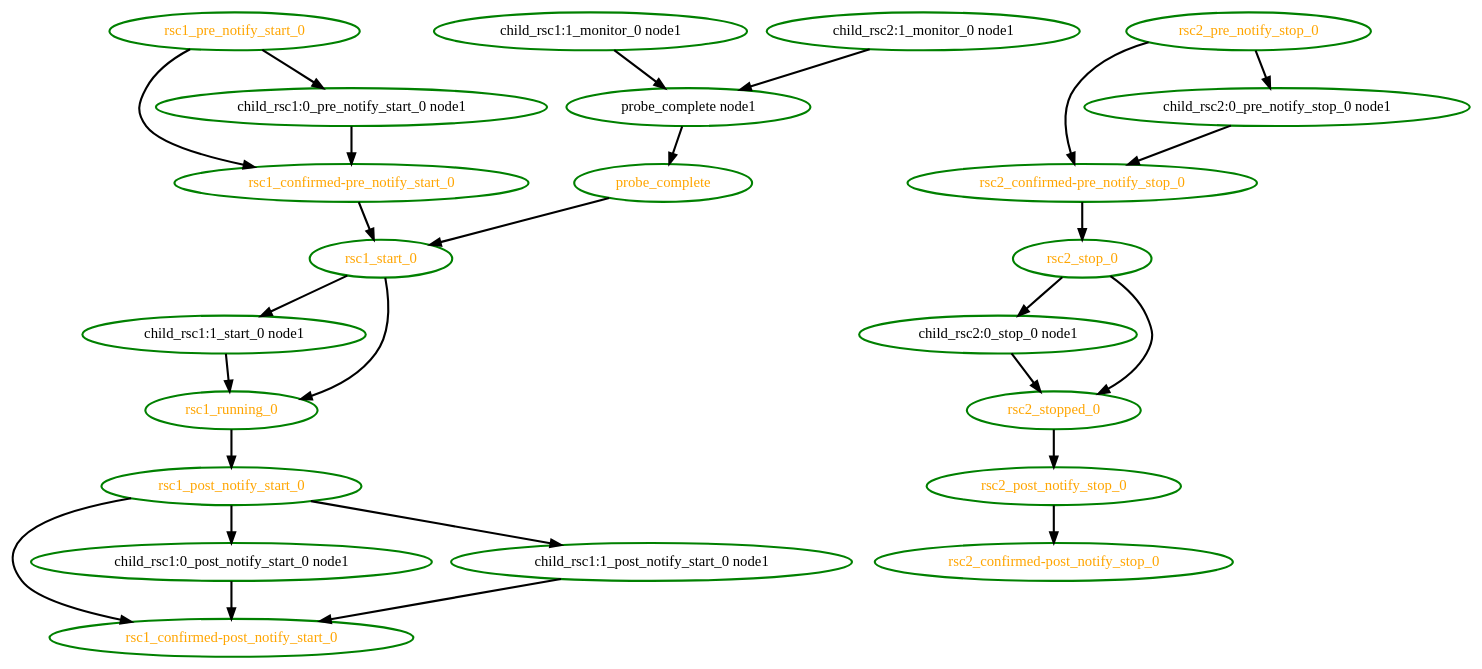
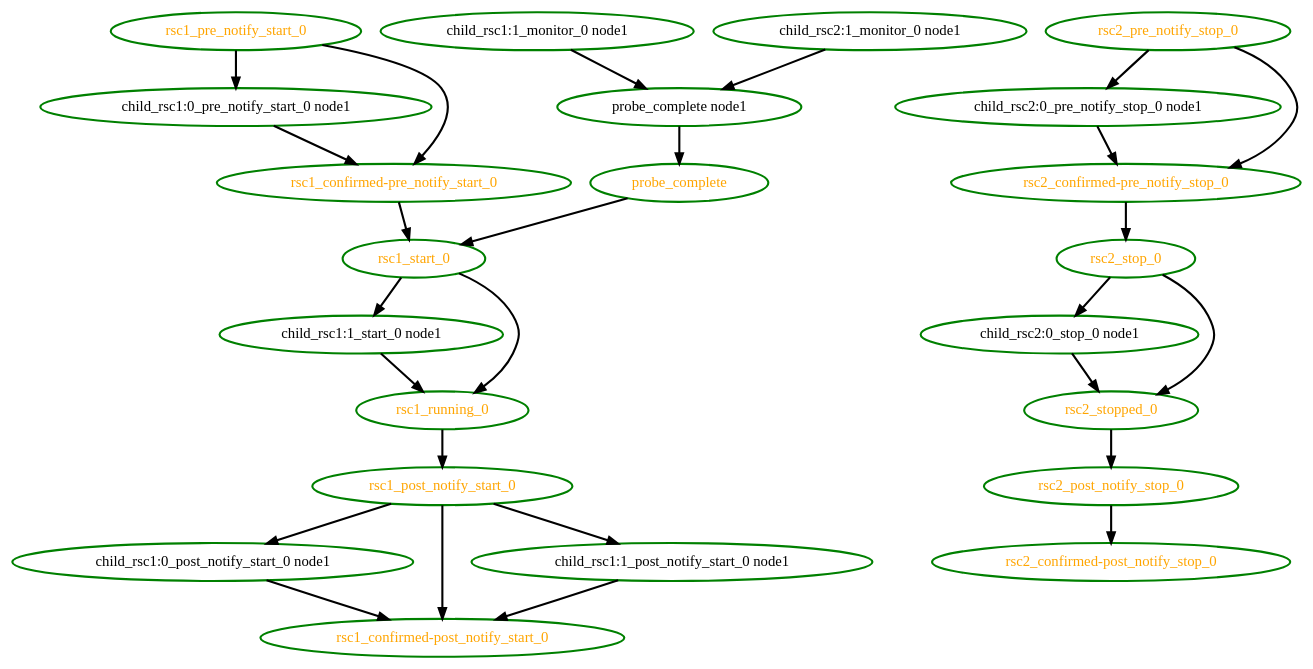
One commit to richiewen8/heartbeat changed the diagram in crm/pengine/testcases/notify-1.dot. Above: the diagram before and after it, drawn with Graphviz. The commit also changed 176 other files, not shown here.

```diff
--- a/crm/pengine/testcases/notify-1.dot
+++ b/crm/pengine/testcases/notify-1.dot
@@ -1,51 +1,50 @@
-digraph "g" {
-	size = "30,30"
+ digraph "g" {
+"child_rsc1:0_post_notify_start_0 node1" -> "rsc1_confirmed-post_notify_start_0" [ style = bold]
+"child_rsc1:0_post_notify_start_0 node1" [ style=bold color="green" fontcolor="black" ]
+"child_rsc1:0_pre_notify_start_0 node1" -> "rsc1_confirmed-pre_notify_start_0" [ style = bold]
+"child_rsc1:0_pre_notify_start_0 node1" [ style=bold color="green" fontcolor="black" ]
+"child_rsc1:1_monitor_0 node1" -> "probe_complete node1" [ style = bold]
+"child_rsc1:1_monitor_0 node1" [ style=bold color="green" fontcolor="black" ]
+"child_rsc1:1_post_notify_start_0 node1" -> "rsc1_confirmed-post_notify_start_0" [ style = bold]
+"child_rsc1:1_post_notify_start_0 node1" [ style=bold color="green" fontcolor="black" ]
+"child_rsc1:1_start_0 node1" -> "rsc1_running_0" [ style = bold]
+"child_rsc1:1_start_0 node1" [ style=bold color="green" fontcolor="black" ]
+"child_rsc2:0_pre_notify_stop_0 node1" -> "rsc2_confirmed-pre_notify_stop_0" [ style = bold]
+"child_rsc2:0_pre_notify_stop_0 node1" [ style=bold color="green" fontcolor="black" ]
+"child_rsc2:0_stop_0 node1" -> "rsc2_stopped_0" [ style = bold]
+"child_rsc2:0_stop_0 node1" [ style=bold color="green" fontcolor="black" ]
+"child_rsc2:1_monitor_0 node1" -> "probe_complete node1" [ style = bold]
+"child_rsc2:1_monitor_0 node1" [ style=bold color="green" fontcolor="black" ]
+"probe_complete node1" -> "probe_complete" [ style = bold]
+"probe_complete node1" [ style=bold color="green" fontcolor="black" ]
+"probe_complete" -> "rsc1_start_0" [ style = bold]
 "probe_complete" [ style=bold color="green" fontcolor="orange" ]
-"probe_complete node1" [ style=bold color="green" fontcolor="black" ]
-"child_rsc1:1_monitor_0 node1" [ style=bold color="green" fontcolor="black" ]
-"child_rsc2:1_monitor_0 node1" [ style=bold color="green" fontcolor="black" ]
-"child_rsc1:1_start_0 node1" [ style=bold color="green" fontcolor="black" ]
-"rsc1_start_0" [ style=bold color="green" fontcolor="orange" ]
-"rsc1_running_0" [ style=bold color="green" fontcolor="orange" ]
-"rsc1_pre_notify_start_0" [ style=bold color="green" fontcolor="orange" ]
+"rsc1_confirmed-post_notify_start_0" [ style=bold color="green" fontcolor="orange" ]
+"rsc1_confirmed-pre_notify_start_0" -> "rsc1_start_0" [ style = bold]
 "rsc1_confirmed-pre_notify_start_0" [ style=bold color="green" fontcolor="orange" ]
-"rsc1_post_notify_start_0" [ style=bold color="green" fontcolor="orange" ]
-"rsc1_confirmed-post_notify_start_0" [ style=bold color="green" fontcolor="orange" ]
-"child_rsc2:0_stop_0 node1" [ style=bold color="green" fontcolor="black" ]
-"rsc2_stop_0" [ style=bold color="green" fontcolor="orange" ]
-"rsc2_stopped_0" [ style=bold color="green" fontcolor="orange" ]
-"rsc2_pre_notify_stop_0" [ style=bold color="green" fontcolor="orange" ]
-"rsc2_confirmed-pre_notify_stop_0" [ style=bold color="green" fontcolor="orange" ]
-"rsc2_post_notify_stop_0" [ style=bold color="green" fontcolor="orange" ]
-"rsc2_confirmed-post_notify_stop_0" [ style=bold color="green" fontcolor="orange" ]
-"child_rsc1:0_pre_notify_start_0 node1" [ style=bold color="green" fontcolor="black" ]
-"child_rsc1:0_post_notify_start_0 node1" [ style=bold color="green" fontcolor="black" ]
-"child_rsc1:1_post_notify_start_0 node1" [ style=bold color="green" fontcolor="black" ]
-"child_rsc2:0_pre_notify_stop_0 node1" [ style=bold color="green" fontcolor="black" ]
-"probe_complete node1" -> "probe_complete" [ style = bold]
-"child_rsc1:1_monitor_0 node1" -> "probe_complete node1" [ style = bold]
-"child_rsc2:1_monitor_0 node1" -> "probe_complete node1" [ style = bold]
-"rsc1_start_0" -> "child_rsc1:1_start_0 node1" [ style = bold]
-"probe_complete" -> "rsc1_start_0" [ style = bold]
-"rsc1_confirmed-pre_notify_start_0" -> "rsc1_start_0" [ style = bold]
-"child_rsc1:1_start_0 node1" -> "rsc1_running_0" [ style = bold]
-"rsc1_start_0" -> "rsc1_running_0" [ style = bold]
-"rsc1_pre_notify_start_0" -> "rsc1_confirmed-pre_notify_start_0" [ style = bold]
-"child_rsc1:0_pre_notify_start_0 node1" -> "rsc1_confirmed-pre_notify_start_0" [ style = bold]
-"rsc1_running_0" -> "rsc1_post_notify_start_0" [ style = bold]
-"rsc1_post_notify_start_0" -> "rsc1_confirmed-post_notify_start_0" [ style = bold]
-"child_rsc1:0_post_notify_start_0 node1" -> "rsc1_confirmed-post_notify_start_0" [ style = bold]
-"child_rsc1:1_post_notify_start_0 node1" -> "rsc1_confirmed-post_notify_start_0" [ style = bold]
-"rsc2_stop_0" -> "child_rsc2:0_stop_0 node1" [ style = bold]
-"rsc2_confirmed-pre_notify_stop_0" -> "rsc2_stop_0" [ style = bold]
-"child_rsc2:0_stop_0 node1" -> "rsc2_stopped_0" [ style = bold]
-"rsc2_stop_0" -> "rsc2_stopped_0" [ style = bold]
-"rsc2_pre_notify_stop_0" -> "rsc2_confirmed-pre_notify_stop_0" [ style = bold]
-"child_rsc2:0_pre_notify_stop_0 node1" -> "rsc2_confirmed-pre_notify_stop_0" [ style = bold]
-"rsc2_stopped_0" -> "rsc2_post_notify_stop_0" [ style = bold]
-"rsc2_post_notify_stop_0" -> "rsc2_confirmed-post_notify_stop_0" [ style = bold]
-"rsc1_pre_notify_start_0" -> "child_rsc1:0_pre_notify_start_0 node1" [ style = bold]
 "rsc1_post_notify_start_0" -> "child_rsc1:0_post_notify_start_0 node1" [ style = bold]
 "rsc1_post_notify_start_0" -> "child_rsc1:1_post_notify_start_0 node1" [ style = bold]
+"rsc1_post_notify_start_0" -> "rsc1_confirmed-post_notify_start_0" [ style = bold]
+"rsc1_post_notify_start_0" [ style=bold color="green" fontcolor="orange" ]
+"rsc1_pre_notify_start_0" -> "child_rsc1:0_pre_notify_start_0 node1" [ style = bold]
+"rsc1_pre_notify_start_0" -> "rsc1_confirmed-pre_notify_start_0" [ style = bold]
+"rsc1_pre_notify_start_0" [ style=bold color="green" fontcolor="orange" ]
+"rsc1_running_0" -> "rsc1_post_notify_start_0" [ style = bold]
+"rsc1_running_0" [ style=bold color="green" fontcolor="orange" ]
+"rsc1_start_0" -> "child_rsc1:1_start_0 node1" [ style = bold]
+"rsc1_start_0" -> "rsc1_running_0" [ style = bold]
+"rsc1_start_0" [ style=bold color="green" fontcolor="orange" ]
+"rsc2_confirmed-post_notify_stop_0" [ style=bold color="green" fontcolor="orange" ]
+"rsc2_confirmed-pre_notify_stop_0" -> "rsc2_stop_0" [ style = bold]
+"rsc2_confirmed-pre_notify_stop_0" [ style=bold color="green" fontcolor="orange" ]
+"rsc2_post_notify_stop_0" -> "rsc2_confirmed-post_notify_stop_0" [ style = bold]
+"rsc2_post_notify_stop_0" [ style=bold color="green" fontcolor="orange" ]
 "rsc2_pre_notify_stop_0" -> "child_rsc2:0_pre_notify_stop_0 node1" [ style = bold]
+"rsc2_pre_notify_stop_0" -> "rsc2_confirmed-pre_notify_stop_0" [ style = bold]
+"rsc2_pre_notify_stop_0" [ style=bold color="green" fontcolor="orange" ]
+"rsc2_stop_0" -> "child_rsc2:0_stop_0 node1" [ style = bold]
+"rsc2_stop_0" -> "rsc2_stopped_0" [ style = bold]
+"rsc2_stop_0" [ style=bold color="green" fontcolor="orange" ]
+"rsc2_stopped_0" -> "rsc2_post_notify_stop_0" [ style = bold]
+"rsc2_stopped_0" [ style=bold color="green" fontcolor="orange" ]
 }
```
